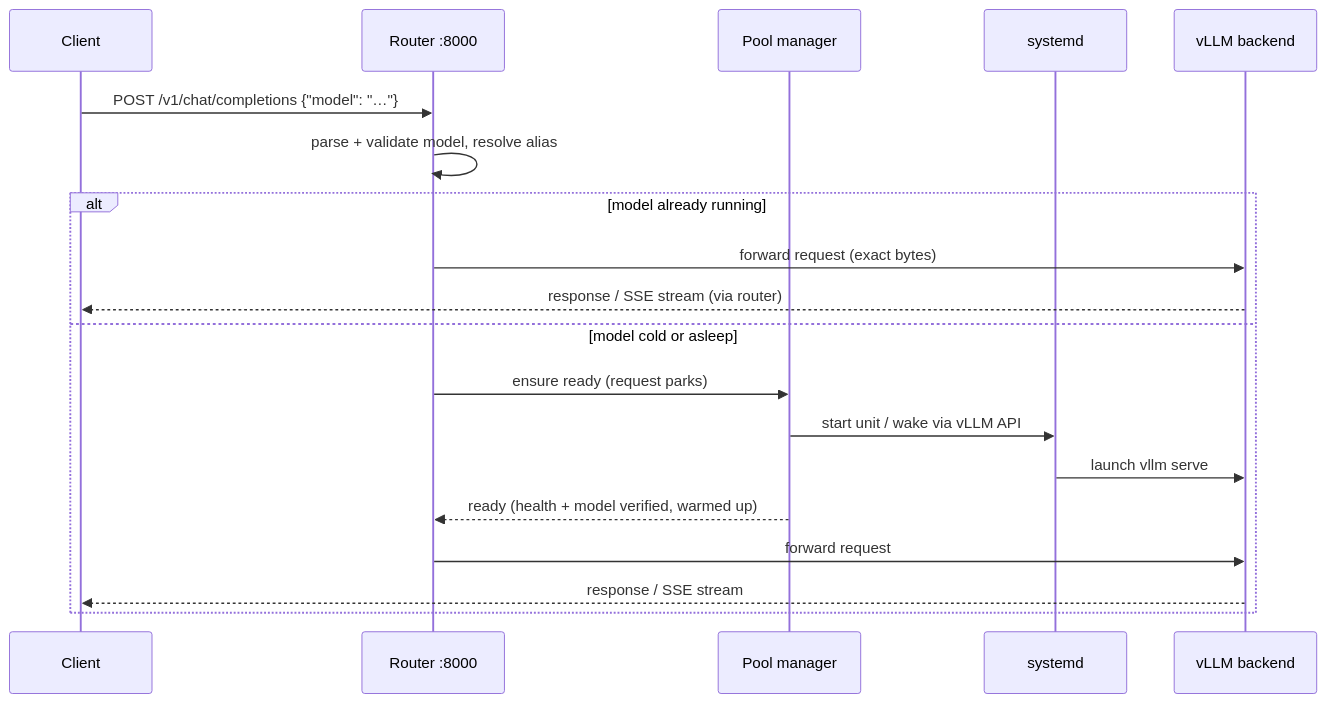
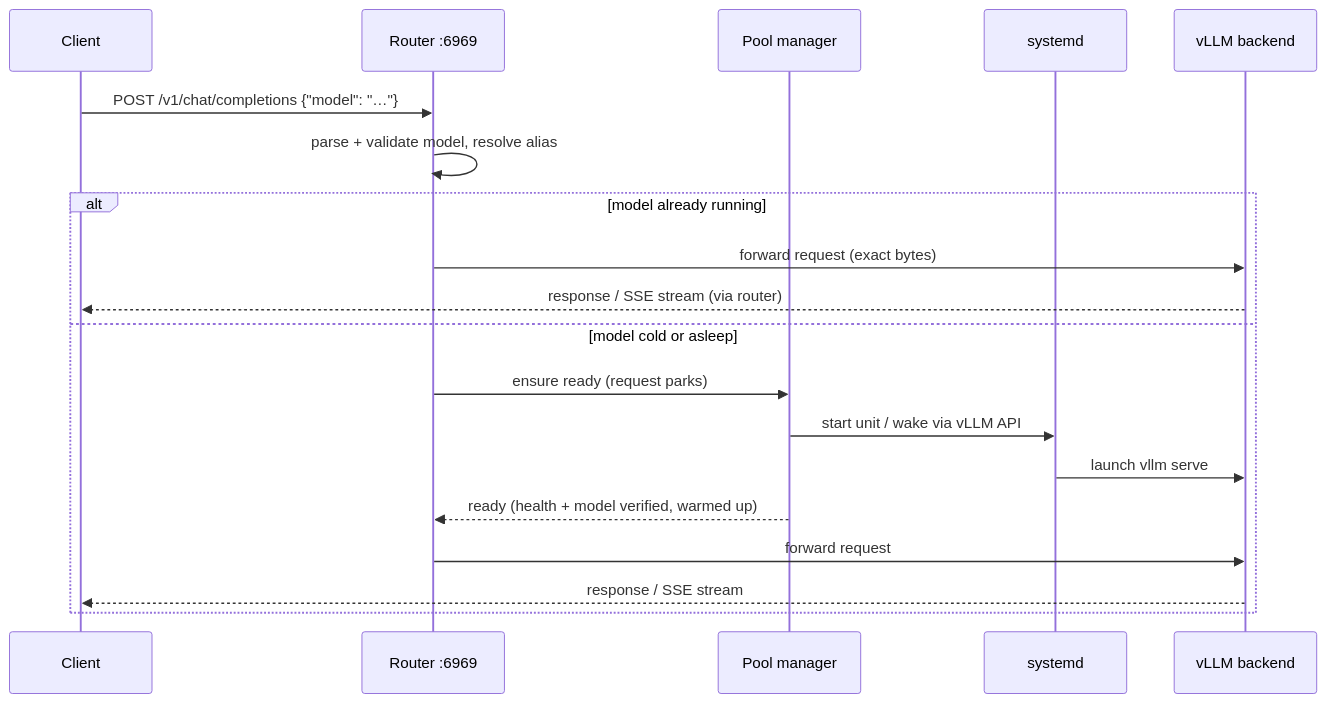
One commit to yankeeinlondon/routable changed the diagram in README.md. Above: the diagram before and after it, drawn with Mermaid. The commit also changed other lines of this file and 5 other files, not shown here.

````diff
--- a/README.md
+++ b/README.md
@@ -35,22 +35,22 @@
 ```mermaid
 sequenceDiagram
     participant C as Client
-    participant R as Router :8000
+    participant R as Router :6969
     participant P as Pool manager
     participant S as systemd
     participant V as vLLM backend
 
     C->>R: POST /v1/chat/completions {"model": "…"}
     R->>R: parse + validate model, resolve alias
     alt model already running
         R->>V: forward request (exact bytes)
         V-->>C: response / SSE stream (via router)
     else model cold or asleep
         R->>P: ensure ready (request parks)
         P->>S: start unit / wake via vLLM API
         S->>V: launch vllm serve
         P-->>R: ready (health + model verified, warmed up)
         R->>V: forward request
         V-->>C: response / SSE stream
     end
 ```
````
